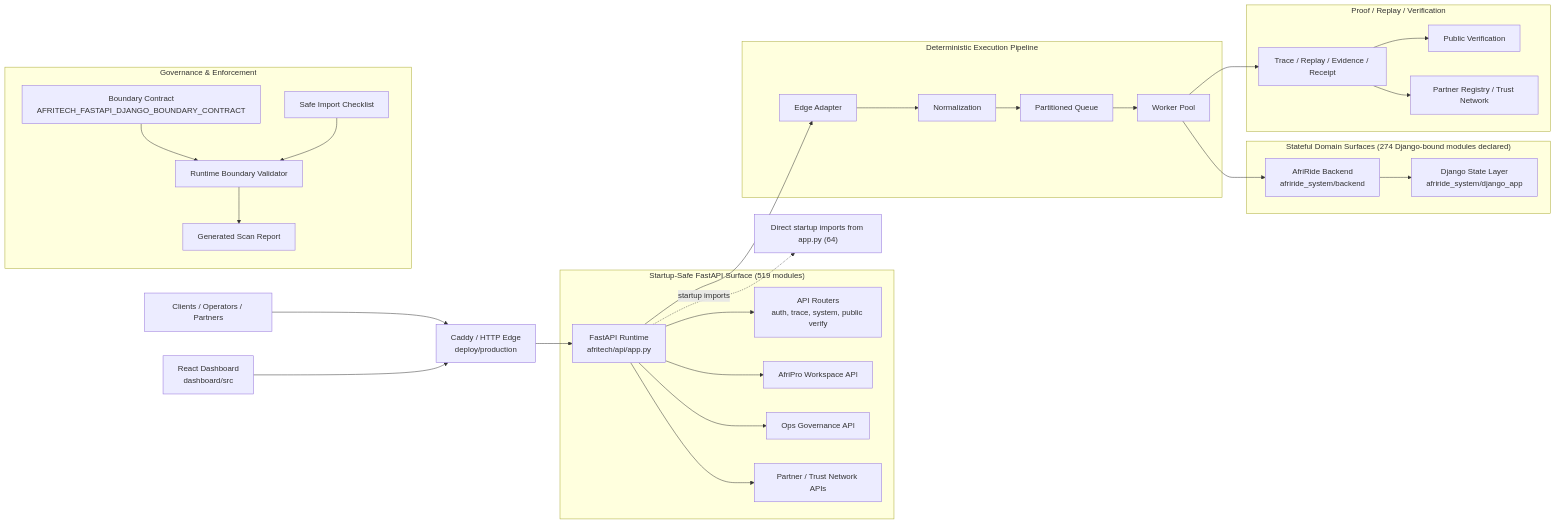
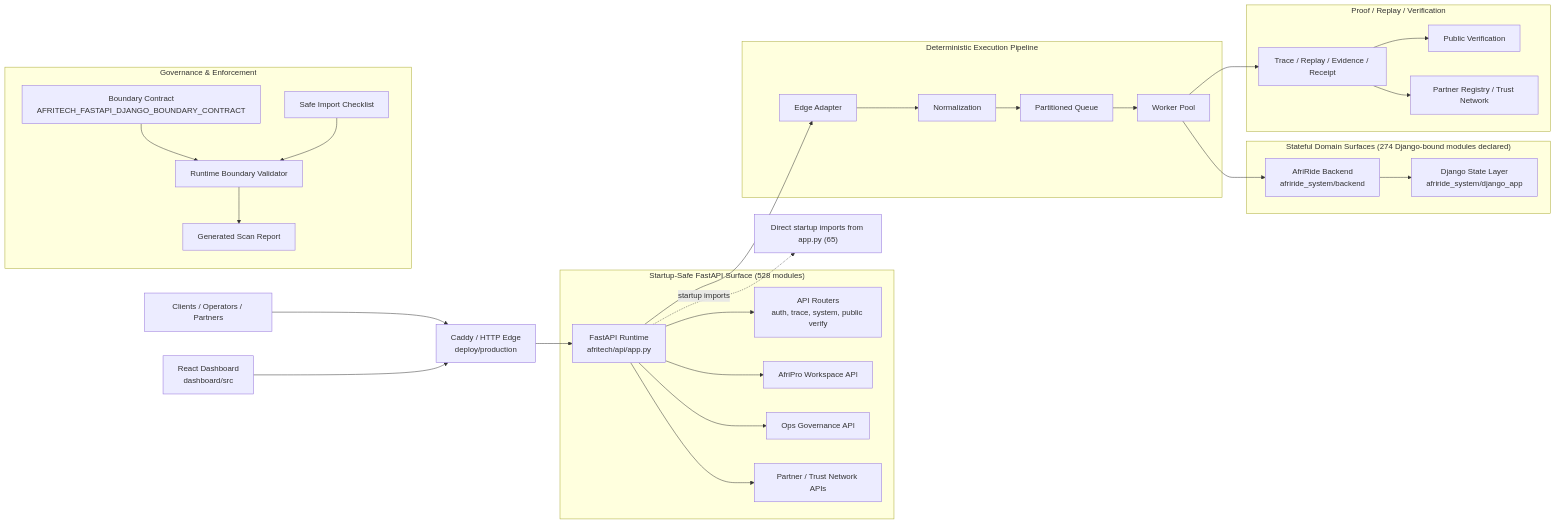
The first of 2 diagrams in docs/architecture/AFRITECH_FULL_ARCHITECTURE_GRAPH.md (Strelly2023/afritelematics), drawn with Mermaid before and after one commit. The commit also changed other lines of this file and 42 other files, not shown here.

````diff
--- a/docs/architecture/AFRITECH_FULL_ARCHITECTURE_GRAPH.md
+++ b/docs/architecture/AFRITECH_FULL_ARCHITECTURE_GRAPH.md
@@ -22,39 +22,39 @@
 ```mermaid
 flowchart LR
     Client["Clients / Operators / Partners"] --> Edge["Caddy / HTTP Edge\ndeploy/production"]
     Dashboard["React Dashboard\ndashboard/src"] --> Edge
     Edge --> App["FastAPI Runtime\nafritech/api/app.py"]
 
-    subgraph FastAPI["Startup-Safe FastAPI Surface (519 modules)"]
+    subgraph FastAPI["Startup-Safe FastAPI Surface (528 modules)"]
         App --> Api["API Routers\nauth, trace, system, public verify"]
         App --> Workspace["AfriPro Workspace API"]
         App --> Governance["Ops Governance API"]
         App --> Trust["Partner / Trust Network APIs"]
     end
 
     subgraph Pipeline["Deterministic Execution Pipeline"]
         App --> Adapt["Edge Adapter"]
         Adapt --> Normalize["Normalization"]
         Normalize --> Queue["Partitioned Queue"]
         Queue --> Worker["Worker Pool"]
     end
 
     subgraph State["Stateful Domain Surfaces (274 Django-bound modules declared)"]
         Worker --> Domain["AfriRide Backend\nafriride_system/backend"]
         Domain --> Django["Django State Layer\nafriride_system/django_app"]
     end
 
     subgraph Proof["Proof / Replay / Verification"]
         Worker --> Trace["Trace / Replay / Evidence / Receipt"]
         Trace --> Public["Public Verification"]
         Trace --> Registry["Partner Registry / Trust Network"]
     end
 
     subgraph GovernancePlane["Governance & Enforcement"]
         Contract["Boundary Contract\nAFRITECH_FASTAPI_DJANGO_BOUNDARY_CONTRACT"] --> Validator["Runtime Boundary Validator"]
         Checklist["Safe Import Checklist"] --> Validator
         Validator --> Review["Generated Scan Report"]
     end
 
-    App -. startup imports .-> Imports["Direct startup imports from app.py (64)"]
+    App -. startup imports .-> Imports["Direct startup imports from app.py (65)"]
 ```
````
